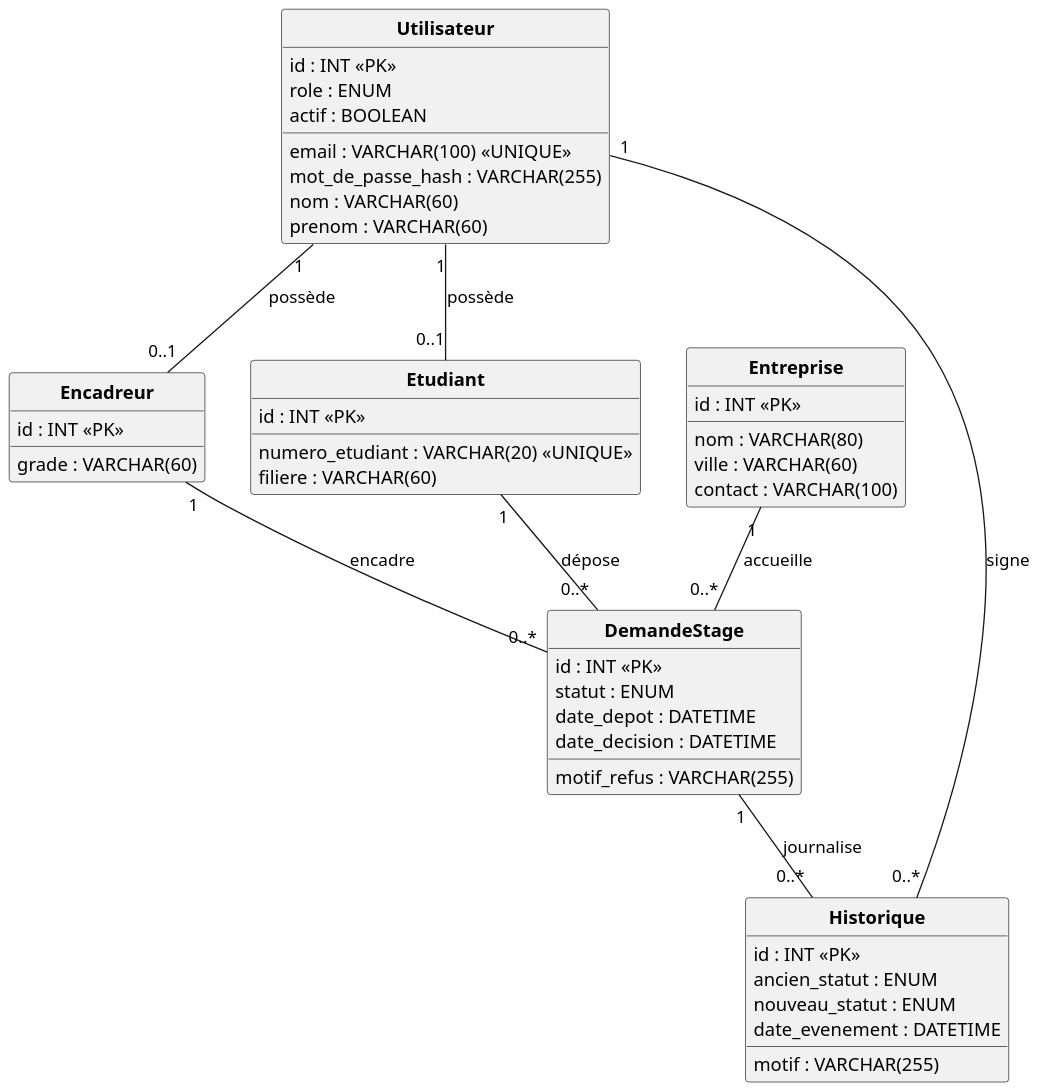
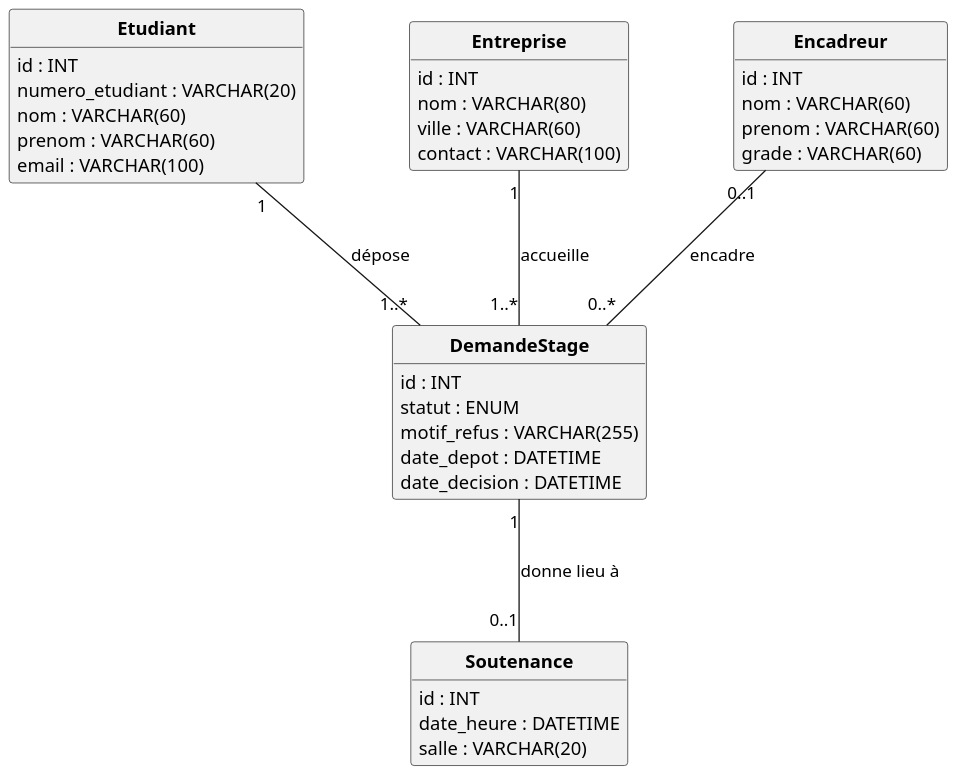
Before and after one commit to thelabofferdi/pjinfo2: the diagram in TP3/classes.puml, drawn with PlantUML. The commit also changed 9 other files, not shown here.

```diff
--- a/TP3/classes.puml
+++ b/TP3/classes.puml
@@ -1,55 +1,54 @@
 @startuml
 skinparam dpi 150
+skinparam monochrome true
 skinparam shadowing false
 skinparam defaultFontName SansSerif
+skinparam classAttributeIconSize 0
+skinparam linetype polyline
+skinparam nodesep 80
+skinparam ranksep 90
+skinparam classFontStyle bold
 hide circle
-skinparam classAttributeIconSize 0
-skinparam classFontStyle bold
+hide empty members
 
-class Utilisateur {
-  id : INT <<PK>>
-  email : VARCHAR(100) <<UNIQUE>>
-  mot_de_passe_hash : VARCHAR(255)
-  role : ENUM
-  nom : VARCHAR(60)
-  prenom : VARCHAR(60)
-  actif : BOOLEAN
-}
 class Etudiant {
-  id : INT <<PK>>
-  numero_etudiant : VARCHAR(20) <<UNIQUE>>
-  filiere : VARCHAR(60)
-}
-class Encadreur {
-  id : INT <<PK>>
-  grade : VARCHAR(60)
-}
-class Entreprise {
-  id : INT <<PK>>
-  nom : VARCHAR(80)
-  ville : VARCHAR(60)
-  contact : VARCHAR(100)
-}
-class DemandeStage {
-  id : INT <<PK>>
-  statut : ENUM
-  motif_refus : VARCHAR(255)
-  date_depot : DATETIME
-  date_decision : DATETIME
-}
-class Historique {
-  id : INT <<PK>>
-  ancien_statut : ENUM
-  nouveau_statut : ENUM
-  motif : VARCHAR(255)
-  date_evenement : DATETIME
+  {field} id : INT
+  {field} numero_etudiant : VARCHAR(20)
+  {field} nom : VARCHAR(60)
+  {field} prenom : VARCHAR(60)
+  {field} email : VARCHAR(100)
 }
 
-Utilisateur "1" -- "0..1" Etudiant : possède
-Utilisateur "1" -- "0..1" Encadreur : possède
-Etudiant "1" -- "0..*" DemandeStage : dépose
-Entreprise "1" -- "0..*" DemandeStage : accueille
-Encadreur "1" -- "0..*" DemandeStage : encadre
-DemandeStage "1" -- "0..*" Historique : journalise
-Utilisateur "1" -- "0..*" Historique : signe
+class Entreprise {
+  {field} id : INT
+  {field} nom : VARCHAR(80)
+  {field} ville : VARCHAR(60)
+  {field} contact : VARCHAR(100)
+}
+
+class DemandeStage {
+  {field} id : INT
+  {field} statut : ENUM
+  {field} motif_refus : VARCHAR(255)
+  {field} date_depot : DATETIME
+  {field} date_decision : DATETIME
+}
+
+class Encadreur {
+  {field} id : INT
+  {field} nom : VARCHAR(60)
+  {field} prenom : VARCHAR(60)
+  {field} grade : VARCHAR(60)
+}
+
+class Soutenance {
+  {field} id : INT
+  {field} date_heure : DATETIME
+  {field} salle : VARCHAR(20)
+}
+
+Etudiant "1" -- "1..*" DemandeStage : dépose
+Entreprise "1" -- "1..*" DemandeStage : accueille
+Encadreur "0..1" -- "0..*" DemandeStage : encadre
+DemandeStage "1" -- "0..1" Soutenance : donne lieu à
 @enduml
```
